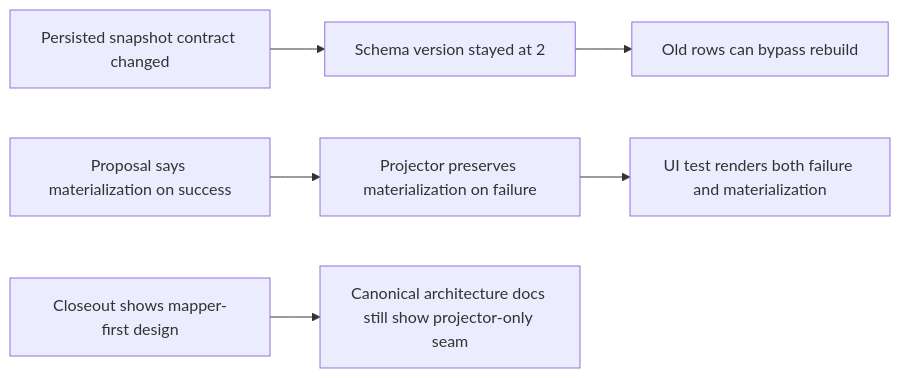
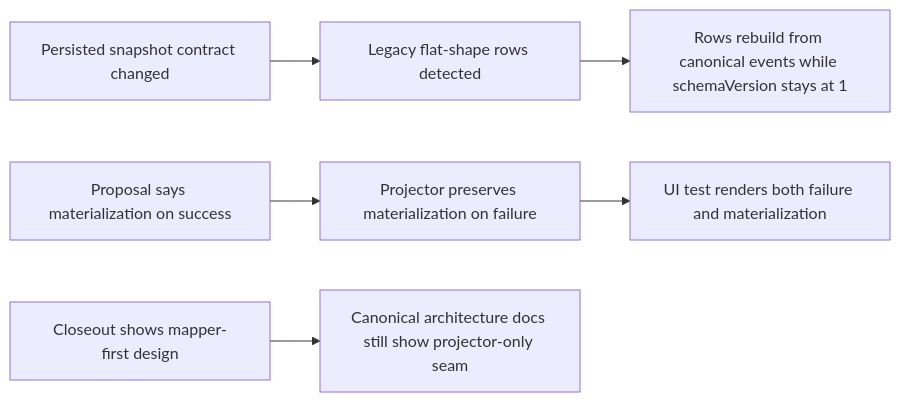
Before and after one commit to dunay2/dvt: the diagram in docs/planning/reviews/execution-runtime/20260409-tf-c2-b-read-surface-hard-qa-review.md, drawn with Mermaid. The commit also changed other lines of this file and 7 other files, not shown here.

Commit message:
fix(state-store): Keep WorkflowSnapshot schemaVersion at 1 in development

````diff
--- a/docs/planning/reviews/execution-runtime/20260409-tf-c2-b-read-surface-hard-qa-review.md
+++ b/docs/planning/reviews/execution-runtime/20260409-tf-c2-b-read-surface-hard-qa-review.md
@@ -266,10 +268,10 @@
 ```mermaid
 flowchart LR
-  A[Persisted snapshot contract changed] --> B[Schema version stayed at 2]
-  B --> C[Old rows can bypass rebuild]
+  A[Persisted snapshot contract changed] --> B[Legacy flat-shape rows detected]
+  B --> C[Rows rebuild from canonical events while schemaVersion stays at 1]
 
   D[Proposal says materialization on success] --> E[Projector preserves materialization on failure]
   E --> F[UI test renders both failure and materialization]
 
   G[Closeout shows mapper-first design] --> H[Canonical architecture docs still show projector-only seam]
 ```
````
